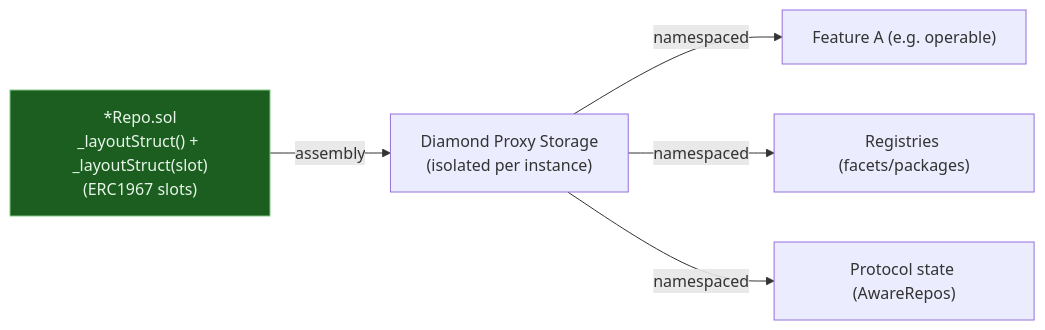
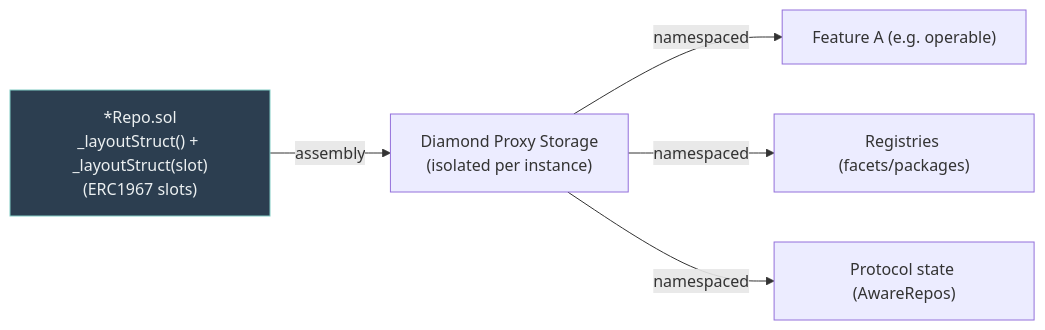
One commit to cyotee/crane changed the diagram in docs/concepts/storage-slots.md. Above: the diagram before and after it, drawn with Mermaid. The commit also changed 5 other files, not shown here.

First line of the commit message:
docs: dark-theme Mermaid colors (readable facet labels)

````diff
--- a/docs/concepts/storage-slots.md
+++ b/docs/concepts/storage-slots.md
@@ -103,10 +103,10 @@
 ```mermaid
 flowchart LR
     Repo["*Repo.sol<br/>_layoutStruct() + _layoutStruct(slot)<br/>(ERC1967 slots)"] -->|assembly| ProxyStorage["Diamond Proxy Storage<br/>(isolated per instance)"]
     ProxyStorage -->|namespaced| FeatureA["Feature A (e.g. operable)"]
     ProxyStorage -->|namespaced| Registries["Registries (facets/packages)"]
     ProxyStorage -->|namespaced| FeatureB["Protocol state (AwareRepos)"]
 
-    classDef repo fill:#1b5e20,stroke:#81c784,color:#e8f5e9
+    classDef repo fill:#2c3e50,stroke:#80cbc4,color:#ecf0f1
     class Repo repo
 ```
````
